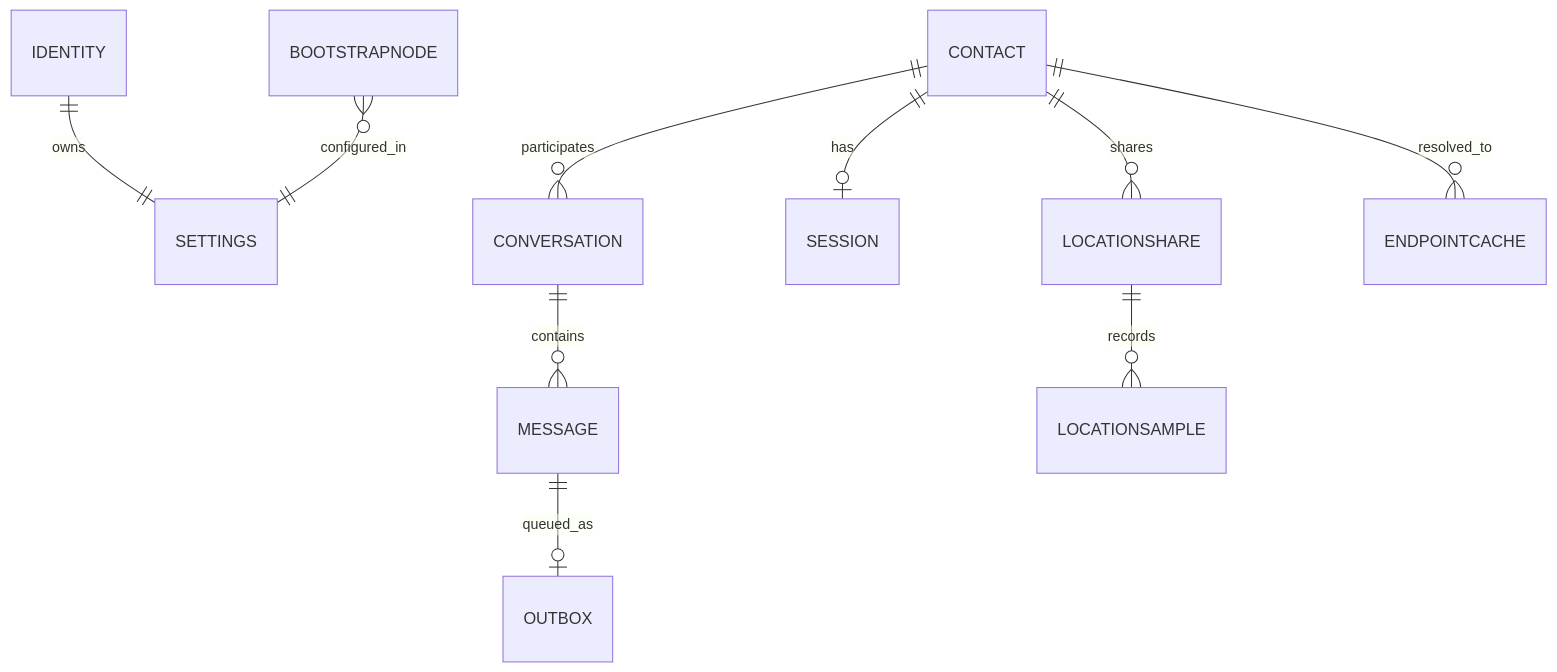
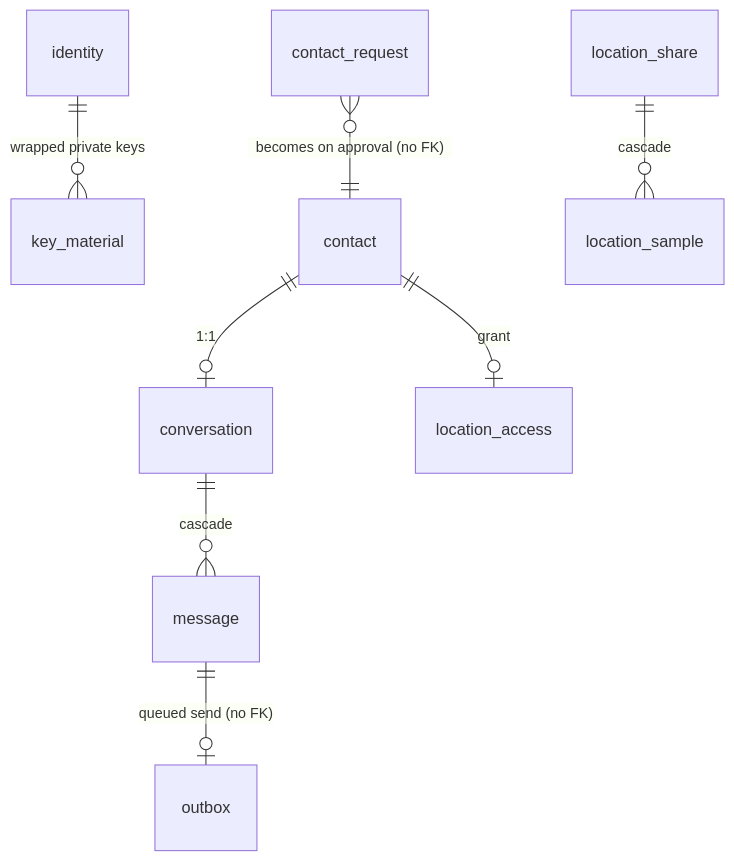
One commit to 0xAsghar/vMessenger changed the diagram in docs/Database.md. Above: the diagram before and after it, drawn with Mermaid. The commit also changed other lines of this file and 30 other files, not shown here.

````diff
--- a/docs/Database.md
+++ b/docs/Database.md
@@ -29,12 +41,10 @@
 ```mermaid
 erDiagram
-  IDENTITY ||--|| SETTINGS : owns
-  CONTACT ||--o{ CONVERSATION : participates
-  CONVERSATION ||--o{ MESSAGE : contains
-  MESSAGE ||--o| OUTBOX : queued_as
-  CONTACT ||--o| SESSION : has
-  CONTACT ||--o{ LOCATIONSHARE : shares
-  LOCATIONSHARE ||--o{ LOCATIONSAMPLE : records
-  CONTACT ||--o{ ENDPOINTCACHE : resolved_to
-  BOOTSTRAPNODE }o--|| SETTINGS : configured_in
+  identity ||--o{ key_material : "wrapped private keys"
+  contact ||--o| conversation : "1:1"
+  contact ||--o| location_access : "grant"
+  conversation ||--o{ message : "cascade"
+  message ||--o| outbox : "queued send (no FK)"
+  location_share ||--o{ location_sample : "cascade"
+  contact_request }o--|| contact : "becomes on approval (no FK)"
 ```
````
